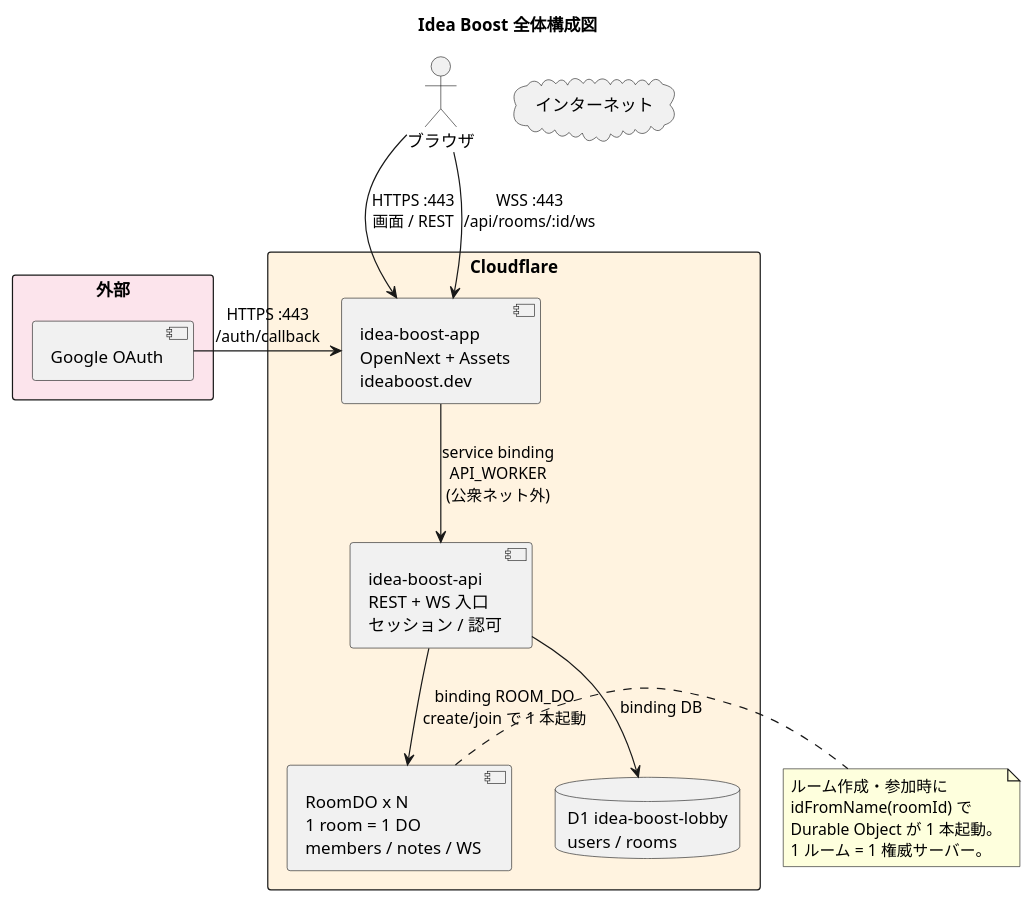
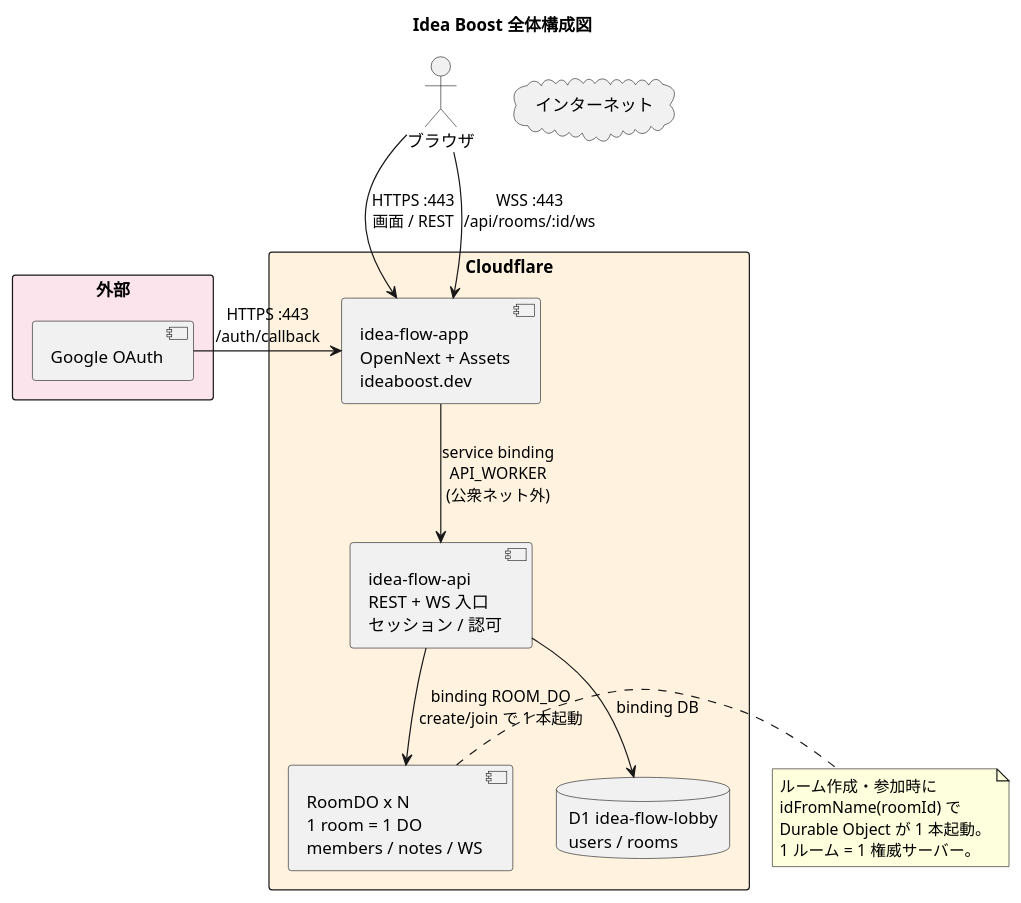
One commit to engineer-first/idea-boost changed the diagram in docs/site/deploy-map/system.puml. Above: the diagram before and after it, drawn with PlantUML. The commit also changed 5 other files, not shown here.

```diff
--- a/docs/site/deploy-map/system.puml
+++ b/docs/site/deploy-map/system.puml
@@ -1,36 +1,36 @@
 @startuml
 skinparam backgroundColor #FFFFFF
 skinparam defaultFontName sans-serif
 
 title Idea Boost 全体構成図
 
 actor "ブラウザ" as users
 
 cloud "インターネット" as internet
 
 rectangle "Cloudflare" as cf #FFF3E0 {
-  component "idea-boost-app\nOpenNext + Assets\nideaboost.dev" as app
-  component "idea-boost-api\nREST + WS 入口\nセッション / 認可" as api
-  database "D1 idea-boost-lobby\nusers / rooms" as d1
+  component "idea-flow-app\nOpenNext + Assets\nideaboost.dev" as app
+  component "idea-flow-api\nREST + WS 入口\nセッション / 認可" as api
+  database "D1 idea-flow-lobby\nusers / rooms" as d1
   component "RoomDO x N\n1 room = 1 DO\nmembers / notes / WS" as roomdo
 }
 
 rectangle "外部" as ext #FCE4EC {
   component "Google OAuth" as oauth
 }
 
 users -down-> app : HTTPS :443\n画面 / REST
 users -down-> app : WSS :443\n/api/rooms/:id/ws
 app -down-> api : service binding\nAPI_WORKER\n(公衆ネット外)
 api -down-> d1 : binding DB
 api -down-> roomdo : binding ROOM_DO\ncreate/join で 1 本起動
 oauth -right-> app : HTTPS :443\n/auth/callback
 
 note right of roomdo
   ルーム作成・参加時に
   idFromName(roomId) で
   Durable Object が 1 本起動。
   1 ルーム = 1 権威サーバー。
 end note
 
 @enduml
```
